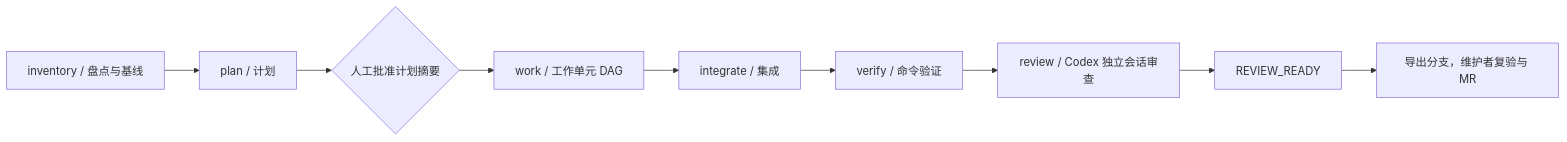
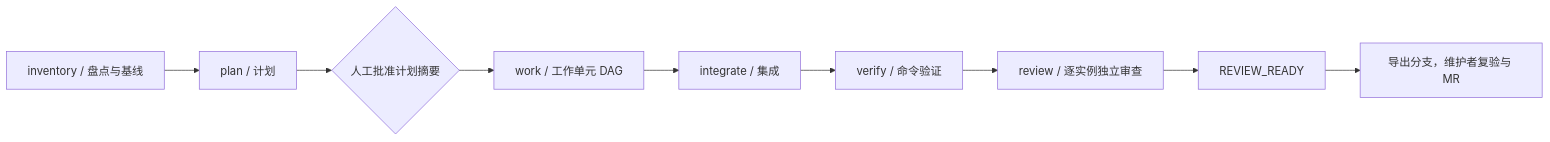
One commit to 626619403/Ergora changed the diagram in README.md. Above: the diagram before and after it, drawn with Mermaid. The commit also changed other lines of this file and 85 other files, not shown here.

````diff
--- a/README.md
+++ b/README.md
@@ -36,11 +38,11 @@
 ```mermaid
 flowchart LR
     I["inventory / 盘点与基线"] --> P["plan / 计划"]
     P --> H{"人工批准计划摘要"}
     H --> W["work / 工作单元 DAG"]
     W --> G["integrate / 集成"]
     G --> V["verify / 命令验证"]
-    V --> R["review / Codex 独立会话审查"]
+    V --> R["review / 逐实例独立审查"]
     R --> O["REVIEW_READY"]
     O --> M["导出分支，维护者复验与 MR"]
 ```
````
